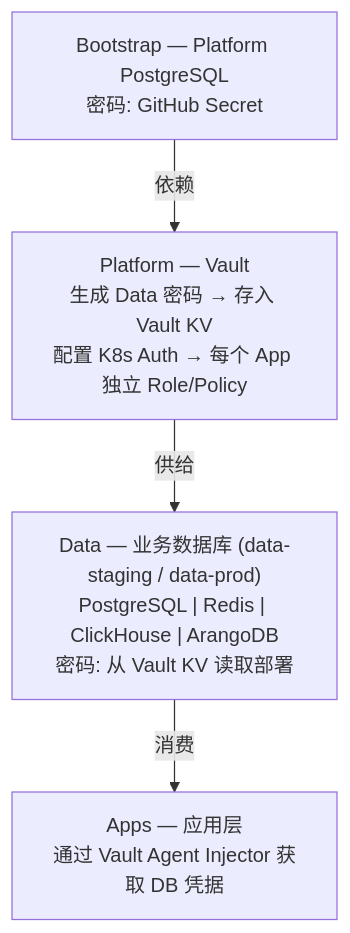
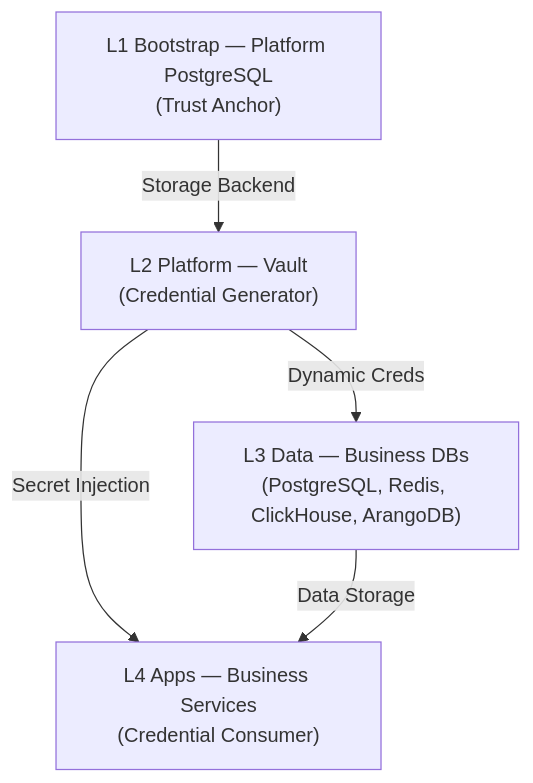
One commit to wangzitian0/infra changed the diagram in docs/ssot/db.overview.md. Above: the diagram before and after it, drawn with Mermaid. The commit also changed other lines of this file and 16 other files, not shown here.

````diff
--- a/docs/ssot/db.overview.md
+++ b/docs/ssot/db.overview.md
@@ -122,11 +30,12 @@
 ```mermaid
 flowchart TB
-    B["Bootstrap — Platform PostgreSQL<br/>密码: GitHub Secret"]
-    P["Platform — Vault<br/>生成 Data 密码 → 存入 Vault KV<br/>配置 K8s Auth → 每个 App 独立 Role/Policy"]
-    D["Data — 业务数据库 (data-staging / data-prod)<br/>PostgreSQL | Redis | ClickHouse | ArangoDB<br/>密码: 从 Vault KV 读取部署"]
-    A["Apps — 应用层<br/>通过 Vault Agent Injector 获取 DB 凭据"]
+    B["L1 Bootstrap — Platform PostgreSQL<br/>(Trust Anchor)"]
+    P["L2 Platform — Vault<br/>(Credential Generator)"]
+    D["L3 Data — Business DBs<br/>(PostgreSQL, Redis, ClickHouse, ArangoDB)"]
+    A["L4 Apps — Business Services<br/>(Credential Consumer)"]
 
-    B -->|依赖| P
-    P -->|供给| D
-    D -->|消费| A
+    B -->|Storage Backend| P
+    P -->|Secret Injection| A
+    P -->|Dynamic Creds| D
+    D -->|Data Storage| A
 ```
````
